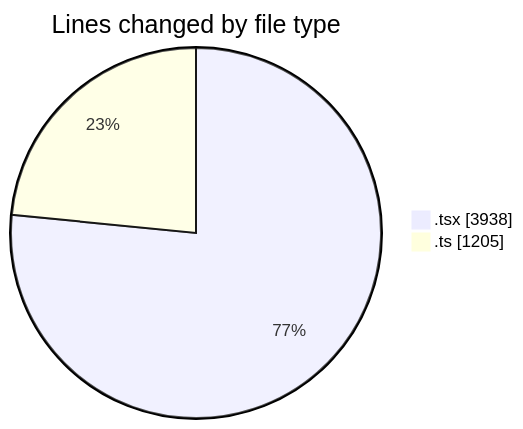
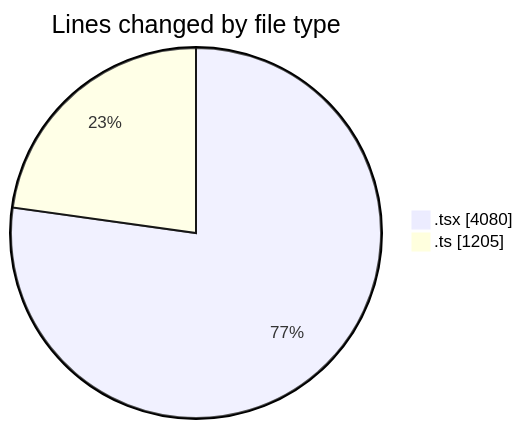
Before and after one commit to nxtqubesakshisongat/code-tracking: the first of 2 diagrams in 2026-02-18/nxtqube_webapp/README.md, drawn with Mermaid. The commit also changed other lines of this file and 1 other file, not shown here.

````diff
--- a/2026-02-18/nxtqube_webapp/README.md
+++ b/2026-02-18/nxtqube_webapp/README.md
@@ -28,6 +29,6 @@
 ```mermaid
 pie showData
 title Lines changed by file type
-".tsx" : 3938
+".tsx" : 4080
 ".ts" : 1205
 ```
````
